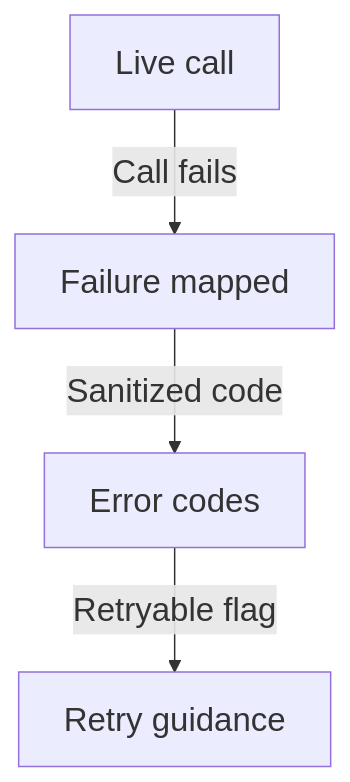
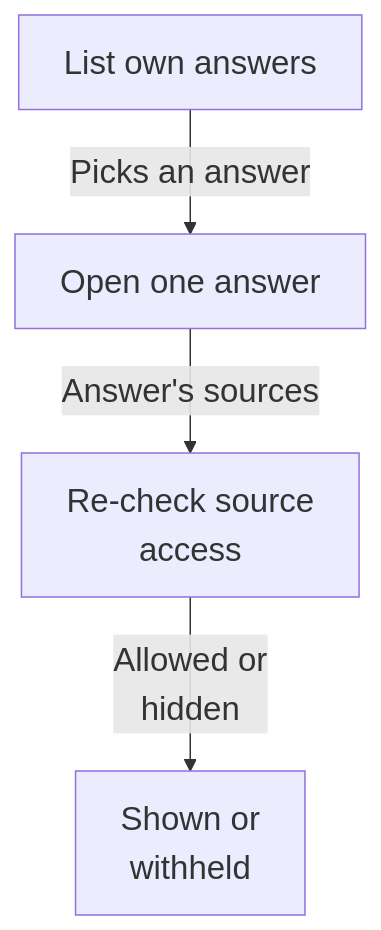
The diagram in maps/answers/diagram-03.mmd (Justin-Mendoza/Afterclass), drawn with Mermaid before and after one commit. The commit also changed 85 other files, not shown here.

```diff
--- a/maps/answers/diagram-03.mmd
+++ b/maps/answers/diagram-03.mmd
@@ -1,9 +1,9 @@
 %%{init: {"themeVariables": {"fontSize": "22px"}}}%%
 flowchart TD
-  n0["Live call"]
-  n1["Failure mapped"]
-  n2["Error codes"]
-  n3["Retry guidance"]
-  n0 -->|"Call fails"| n1
-  n1 -->|"Sanitized code"| n2
-  n2 -->|"Retryable flag"| n3
+  n0["List own answers"]
+  n1["Open one answer"]
+  n2["Re-check source<br/>access"]
+  n3["Shown or<br/>withheld"]
+  n0 -->|"Picks an answer"| n1
+  n1 -->|"Answer's sources"| n2
+  n2 -->|"Allowed or<br/>hidden"| n3
```
